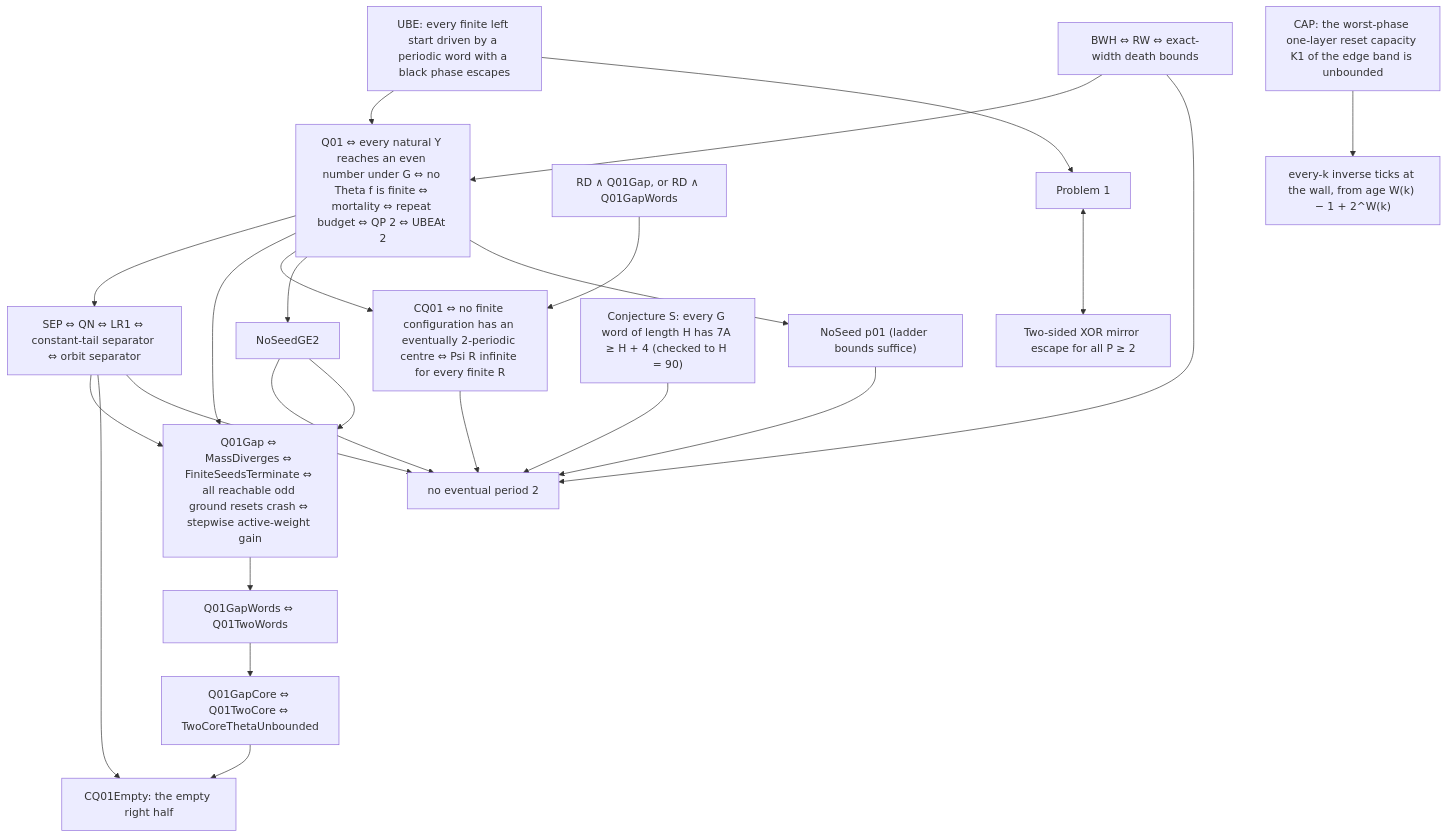
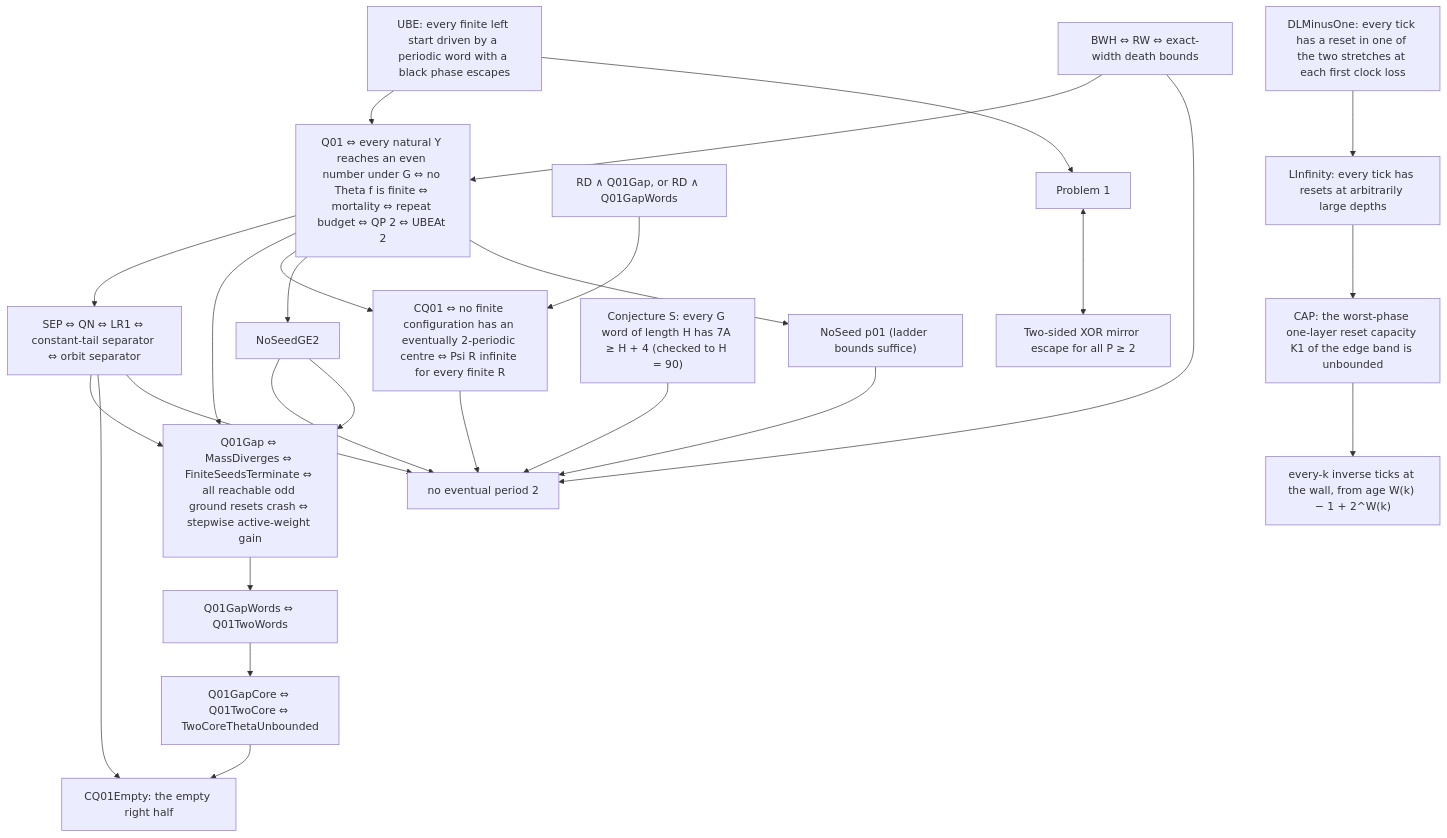
The diagram in KIT.md (ghywel/rule30reset), drawn with Mermaid before and after one commit. The commit also changed other lines of this file and 5 other files, not shown here.

````diff
--- a/KIT.md
+++ b/KIT.md
@@ -49,25 +49,26 @@
 ```mermaid
 graph TD
   UBE["UBE: every finite left start driven by a periodic word with a black phase escapes"] --> Q01
   BWH["BWH ⇔ RW ⇔ exact-width death bounds"] --> Q01
   Q01["Q01 ⇔ every natural Y reaches an even number under G ⇔ no Theta f is finite ⇔ mortality ⇔ repeat budget ⇔ QP 2 ⇔ UBEAt 2"]
   Q01 --> SEP["SEP ⇔ QN ⇔ LR1 ⇔ constant-tail separator ⇔ orbit separator"]
   Q01 --> Q01Gap["Q01Gap ⇔ MassDiverges ⇔ FiniteSeedsTerminate ⇔ all reachable odd ground resets crash ⇔ stepwise active-weight gain"]
   SEP --> Q01Gap
   Q01Gap --> Q01GW["Q01GapWords ⇔ Q01TwoWords"]
   Q01GW --> Q01GC["Q01GapCore ⇔ Q01TwoCore ⇔ TwoCoreThetaUnbounded"]
   Q01GC --> CQ01E["CQ01Empty: the empty right half"]
   SEP --> CQ01E
   Q01 --> CQ01["CQ01 ⇔ no finite configuration has an eventually 2-periodic centre ⇔ Psi R infinite for every finite R"]
   RDQ["RD ∧ Q01Gap, or RD ∧ Q01GapWords"] --> CQ01
   CQ01 --> NP2["no eventual period 2"]
   Q01 --> NSG["NoSeedGE2"] --> NP2
   NSG --> Q01Gap
   Q01 --> NS01["NoSeed p01 (ladder bounds suffice)"] --> NP2
   CS["Conjecture S: every G word of length H has 7A ≥ H + 4 (checked to H = 90)"] --> NP2
   SEP --> NP2
   BWH --> NP2
   UBE --> P1["Problem 1"]
   P1 <--> MIR["Two-sided XOR mirror escape for all P ≥ 2"]
-  CAP["CAP: the worst-phase one-layer reset capacity K1 of the edge band is unbounded"] --> EVK["every-k inverse ticks at the wall, from age W(k) − 1 + 2^W(k)"]
+  DL1["DLMinusOne: every tick has a reset in one of the two stretches at each first clock loss"] --> LI["LInfinity: every tick has resets at arbitrarily large depths"]
+  LI --> CAP["CAP: the worst-phase one-layer reset capacity K1 of the edge band is unbounded"] --> EVK["every-k inverse ticks at the wall, from age W(k) − 1 + 2^W(k)"]
 ```
````
